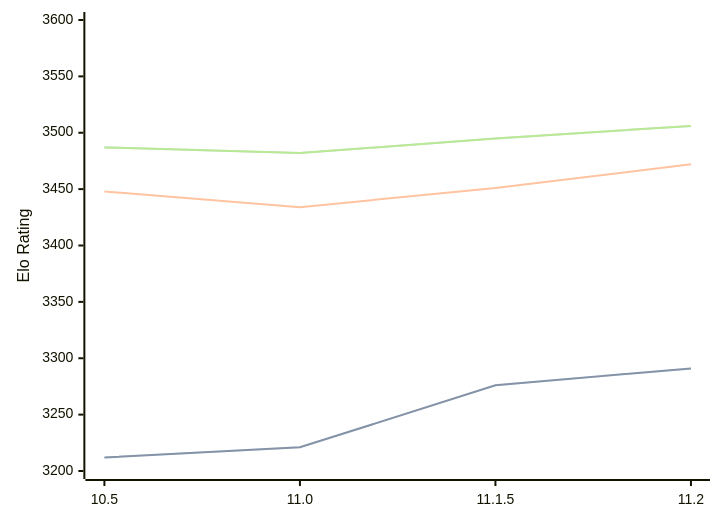
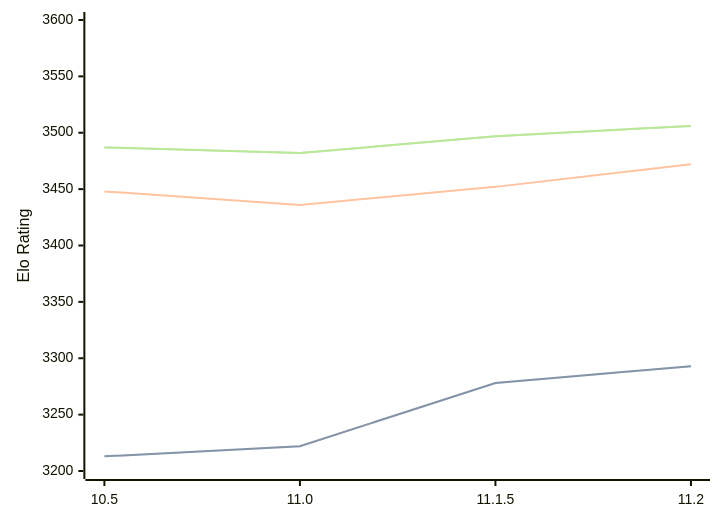
Before and after one commit to computer-chess-index/cci: the diagram in engines/Lizard.md, drawn with Mermaid. The commit also changed other lines of this file, not shown here.

Commit message:
Update CCI Ratings (ELO VLTC) - 2026-07-31

````diff
--- a/engines/Lizard.md
+++ b/engines/Lizard.md
@@ -46,11 +46,11 @@
 ```mermaid
 %%{init: {"theme":"base","themeVariables":{"seriesColors:['#a3a3a3','#222221','#faa371']}}}%%
 xychart-beta
   x-axis ["10.5", "11.0", "11.1.5", "11.2"]
   y-axis "Elo Rating" 3200 --> 3600
-  line "STC (8.0+0.08s)" [3212, 3221, 3276, 3291]
-  line "STC (8.0+0.08s)" [3212, 3221, 3276, 3291]
-  line "LTC (60.0+0.60s)" [3448, 3434, 3451, 3472]
-  line "VLTC (2m24s+1.12s)" [3487, 3482, 3495, 3506]
-  line "VLTC (2m24s+1.12s)" [3487, 3482, 3495, 3506]
+  line "STC (8.0+0.08s)" [3213, 3222, 3278, 3293]
+  line "STC (8.0+0.08s)" [3213, 3222, 3278, 3293]
+  line "LTC (60.0+0.60s)" [3448, 3436, 3452, 3472]
+  line "VLTC (2m24s+1.12s)" [3487, 3482, 3497, 3506]
+  line "VLTC (2m24s+1.12s)" [3487, 3482, 3497, 3506]
 ```
````
